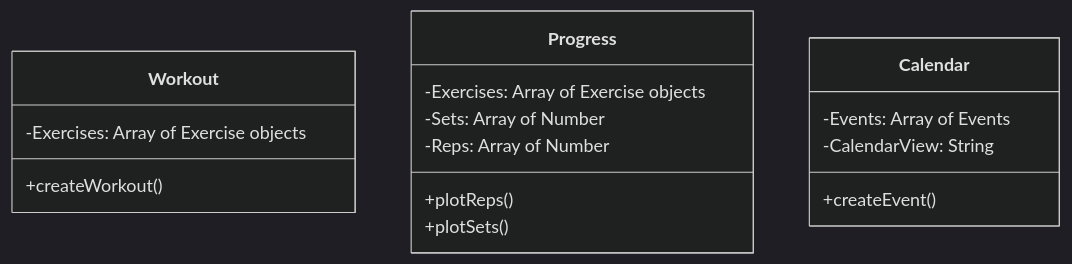
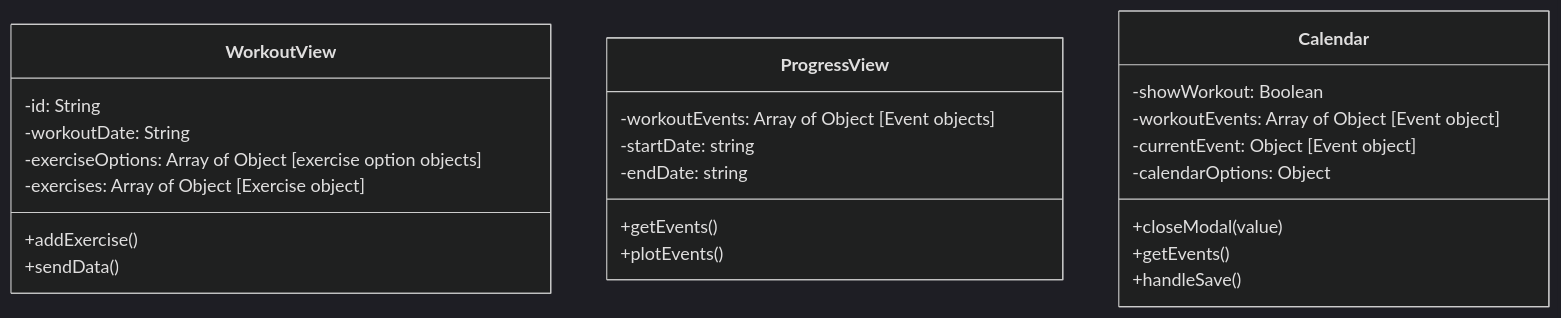
One commit to GoldLion72/cen5064-project-lusbel changed the third of 4 diagrams in README.md. Above: the diagram before and after it, drawn with Mermaid (dark theme). The commit also changed other lines of this file, not shown here.

Commit message:
Update README.md: cleaned up documentation

````diff
--- a/README.md
+++ b/README.md
@@ -84,20 +84,28 @@
 ```mermaid
 %% Class diagram: your 3–4 core domain classes.
 classDiagram
-    class Workout {
-        -Exercises: Array of Exercise objects
-        +createWorkout()
+    class WorkoutView {
+        -id: String
+        -workoutDate: String
+        -exerciseOptions: Array of Object [exercise option objects]
+        -exercises: Array of Object [Exercise object]
+        +addExercise()
+        +sendData()
     }
-    class Progress {
-       -Exercises: Array of Exercise objects
-       -Sets: Array of Number
-       -Reps: Array of Number
-       +plotReps()
-       +plotSets()
+    class ProgressView {
+       -workoutEvents: Array of Object [Event objects]
+       -startDate: string
+       -endDate: string
+       +getEvents()
+       +plotEvents()
     }
     class Calendar {
-      -Events: Array of Events
-      -CalendarView: String
-      +createEvent()
+      -showWorkout: Boolean
+      -workoutEvents: Array of Object [Event object]
+      -currentEvent: Object [Event object]
+      -calendarOptions: Object
+      +closeModal(value)
+      +getEvents()
+      +handleSave()
     }
 ```
````
